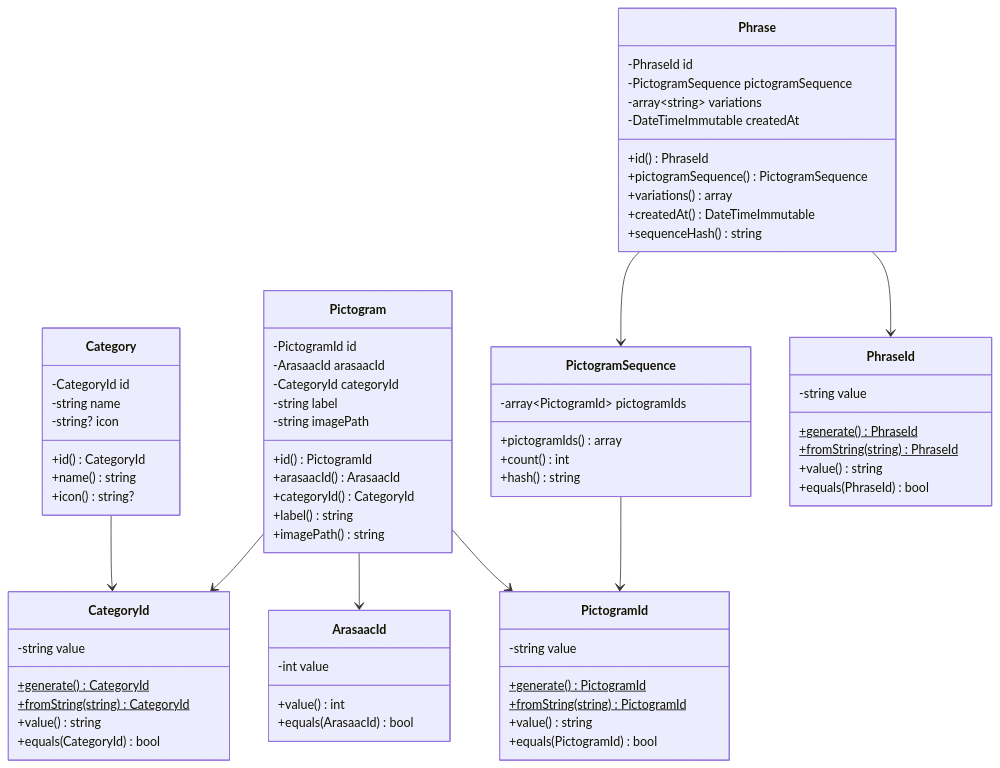
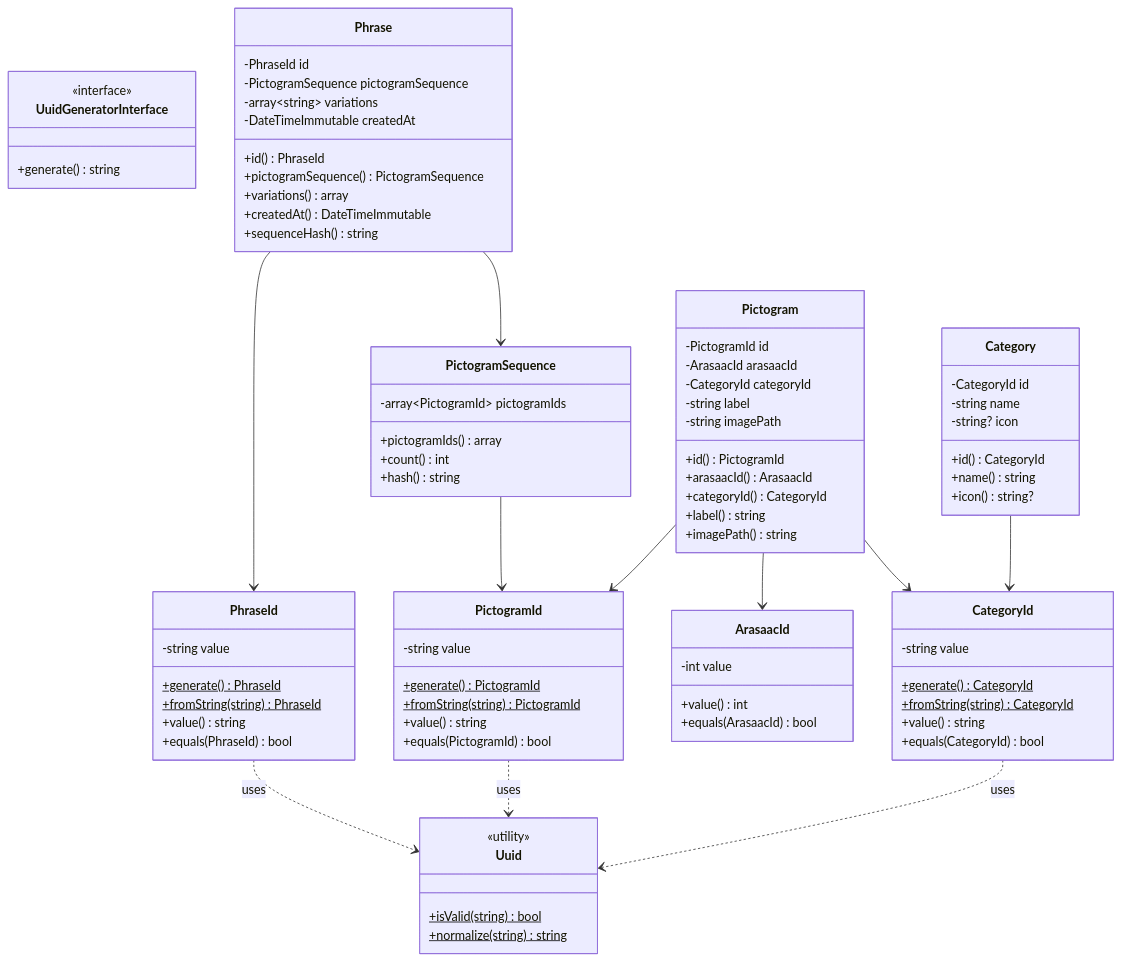
Before and after one commit to luismiglezmohino/HablaIA: the first of 5 diagrams in docs/diagrams/domain-layer.md, drawn with Mermaid. The commit also changed other lines of this file and 14 other files, not shown here.

````diff
--- a/docs/diagrams/domain-layer.md
+++ b/docs/diagrams/domain-layer.md
@@ -7,6 +7,18 @@
 ```mermaid
 classDiagram
     direction TB
+
+    %% Shared Module
+    class Uuid {
+        <<utility>>
+        +isValid(string)$ bool
+        +normalize(string)$ string
+    }
+
+    class UuidGeneratorInterface {
+        <<interface>>
+        +generate() string
+    }
 
     %% Category Module
     class Category {
@@ -90,4 +102,7 @@
     Phrase --> PhraseId
     Phrase --> PictogramSequence
     PictogramSequence --> PictogramId
+    CategoryId ..> Uuid : uses
+    PictogramId ..> Uuid : uses
+    PhraseId ..> Uuid : uses
 ```
````
